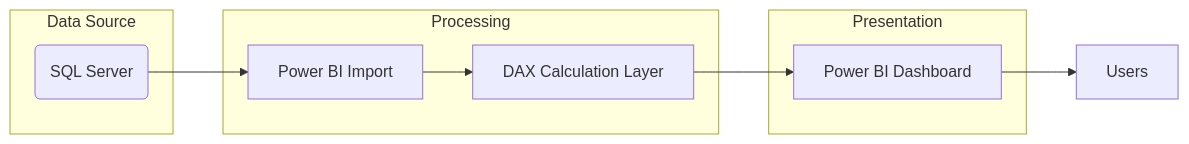
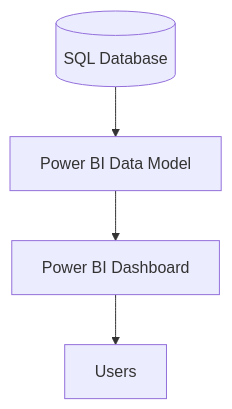
Before and after one commit to Rajtilakjoshi/trendly-ecommerce-visualizer: the first of 2 diagrams in README.md, drawn with Mermaid. The commit also changed other lines of this file, not shown here.

````diff
--- a/README.md
+++ b/README.md
@@ -118,18 +84,6 @@
 ```mermaid
-flowchart LR
-    %% Neon-themed data flow overview
-    classDef neon fill:#39ff14,stroke:#39ff14,stroke-width:2px,color:#000;
-    class DB,ETL,DAX,Dash neon
-    subgraph Data Source
-      DB(SQL Server)
-    end
-    subgraph Processing
-      ETL[Power BI Import]
-      DAX[DAX Calculation Layer]
-    end
-    subgraph Presentation
-      Dash[Power BI Dashboard]
-    end
-    DB --> ETL --> DAX --> Dash
-    Dash --> Users
+flowchart TD
+  SQL[(SQL Database)] --> BI[Power BI Data Model]
+  BI --> Dash[Power BI Dashboard]
+  Dash --> U[Users]
 ```
````
